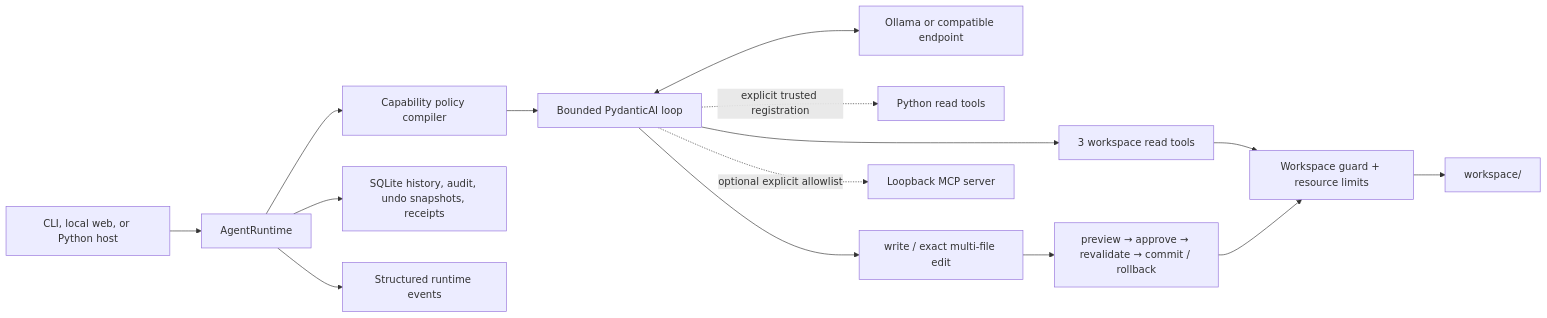
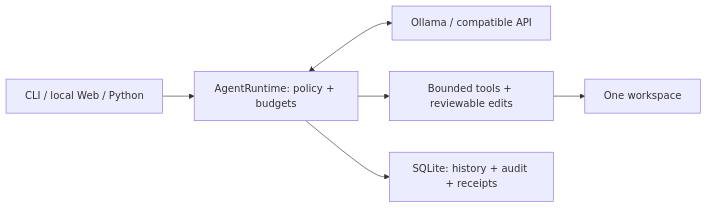
Before and after one commit to MuzeAnisichael/minimal-local-agent: the diagram in README.md, drawn with Mermaid. The commit also changed other lines of this file and 1 other file, not shown here.

````diff
--- a/README.md
+++ b/README.md
@@ -158,17 +152,8 @@
 ```mermaid
 flowchart LR
-    User["CLI, local web, or Python host"] --> Runtime["AgentRuntime"]
-    Runtime --> Policy["Capability policy compiler"]
-    Policy --> Loop["Bounded PydanticAI loop"]
-    Loop <--> Model["Ollama or compatible endpoint"]
-    Loop --> Read["3 workspace read tools"]
-    Loop -. "explicit trusted registration" .-> PythonTools["Python read tools"]
-    Loop --> Mutate["write / exact multi-file edit"]
-    Mutate --> Tx["preview → approve → revalidate → commit / rollback"]
-    Read --> Guard["Workspace guard + resource limits"]
-    Tx --> Guard
-    Guard --> Files["workspace/"]
-    Loop -. "optional explicit allowlist" .-> MCP["Loopback MCP server"]
-    Runtime --> Store["SQLite history, audit, undo snapshots, receipts"]
-    Runtime --> Events["Structured runtime events"]
+    Host["CLI / local Web / Python"] --> Runtime["AgentRuntime: policy + budgets"]
+    Runtime <--> Model["Ollama / compatible API"]
+    Runtime --> Tools["Bounded tools + reviewable edits"]
+    Tools --> Files["One workspace"]
+    Runtime --> State["SQLite: history + audit + receipts"]
 ```
````
